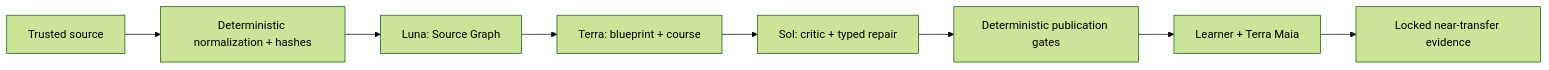
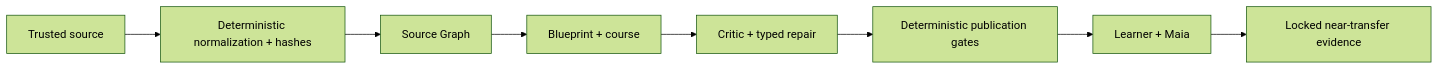
One commit to metaforismo/Museion changed the diagram in README.md. Above: the diagram before and after it, drawn with Mermaid (forest theme). The commit also changed other lines of this file and 148 other files, not shown here.

````diff
--- a/README.md
+++ b/README.md
@@ -97,10 +105,10 @@
 ```mermaid
 flowchart LR
   S["Trusted source"] --> N["Deterministic normalization + hashes"]
-  N --> L["Luna: Source Graph"]
-  L --> T["Terra: blueprint + course"]
-  T --> O["Sol: critic + typed repair"]
+  N --> L["Source Graph"]
+  T["Blueprint + course"] --> O["Critic + typed repair"]
+  L --> T
   O --> V["Deterministic publication gates"]
-  V --> M["Learner + Terra Maia"]
+  V --> M["Learner + Maia"]
   M --> E["Locked near-transfer evidence"]
 ```
````
